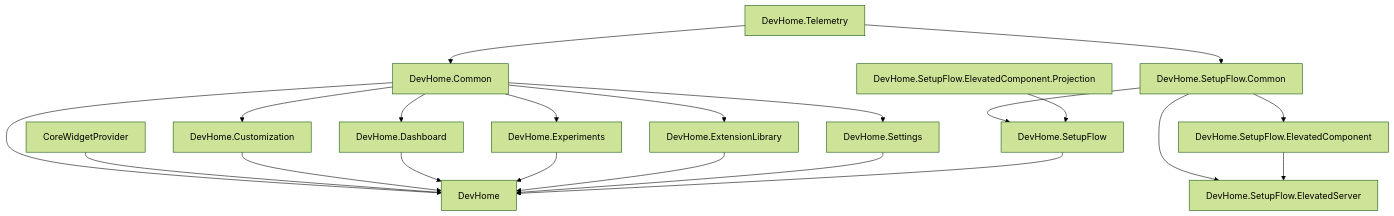
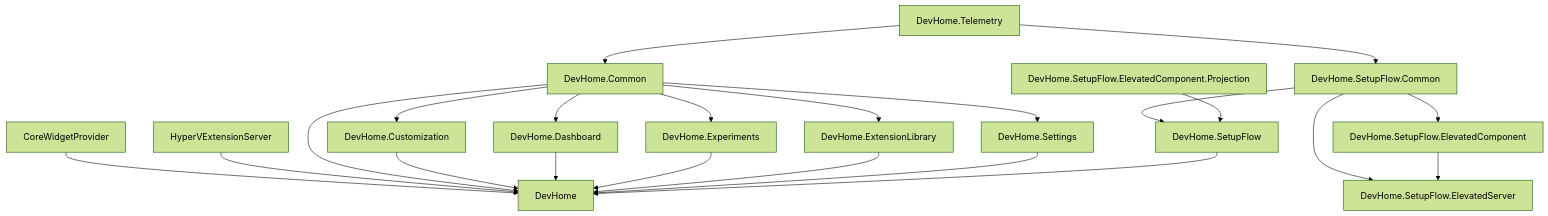
One commit to microsoft/devhome changed the diagram in docs/architecture.md. Above: the diagram before and after it, drawn with Mermaid (forest theme).

````diff
--- a/docs/architecture.md
+++ b/docs/architecture.md
@@ -14,23 +14,24 @@
 ```mermaid
 graph TD;
     DevHome.Telemetry-->DevHome.Common;
-    DevHome.Common-->DevHome;
     DevHome.Common-->DevHome.Customization;
     DevHome.Common-->DevHome.Dashboard;
     DevHome.Common-->DevHome.Experiments;
     DevHome.Common-->DevHome.ExtensionLibrary;
     DevHome.Common-->DevHome.Settings;
     DevHome.Telemetry-->DevHome.SetupFlow.Common;
     DevHome.SetupFlow.Common-->DevHome.SetupFlow;
     DevHome.SetupFlow.Common-->DevHome.SetupFlow.ElevatedComponent;
     DevHome.SetupFlow.Common-->DevHome.SetupFlow.ElevatedServer;
     DevHome.SetupFlow.ElevatedComponent-->DevHome.SetupFlow.ElevatedServer;
     DevHome.SetupFlow.ElevatedComponent.Projection-->DevHome.SetupFlow;
     CoreWidgetProvider-->DevHome;
+    HyperVExtensionServer-->DevHome;
+    DevHome.Common-->DevHome;
     DevHome.Customization-->DevHome;
     DevHome.Dashboard-->DevHome;
     DevHome.Experiments-->DevHome;
     DevHome.ExtensionLibrary-->DevHome;
     DevHome.Settings-->DevHome;
     DevHome.SetupFlow-->DevHome;
 ```
````
